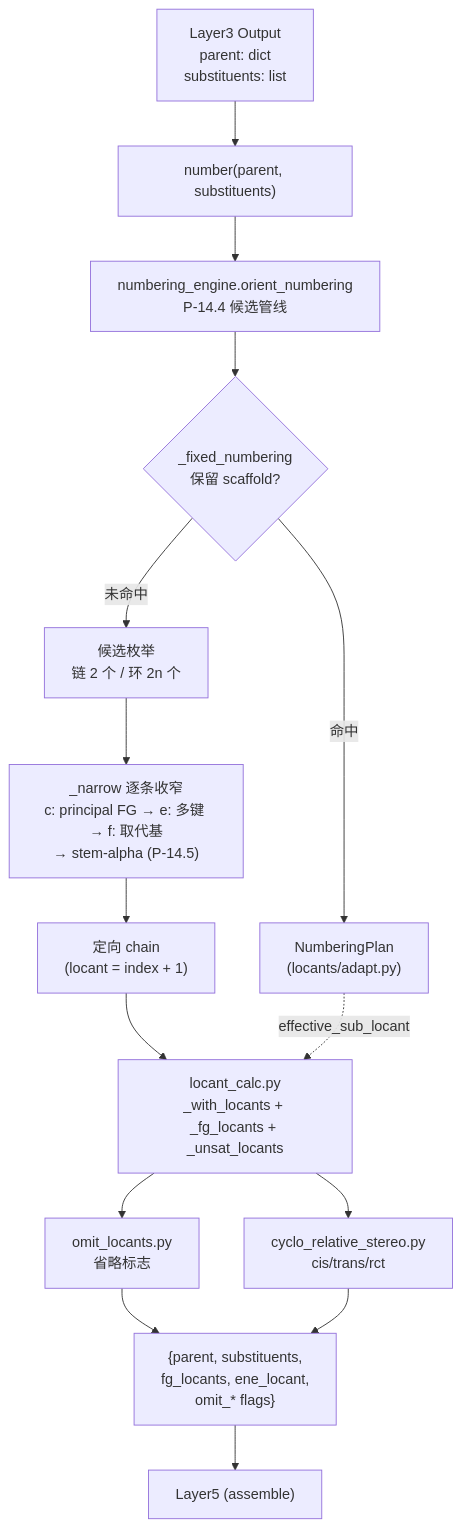
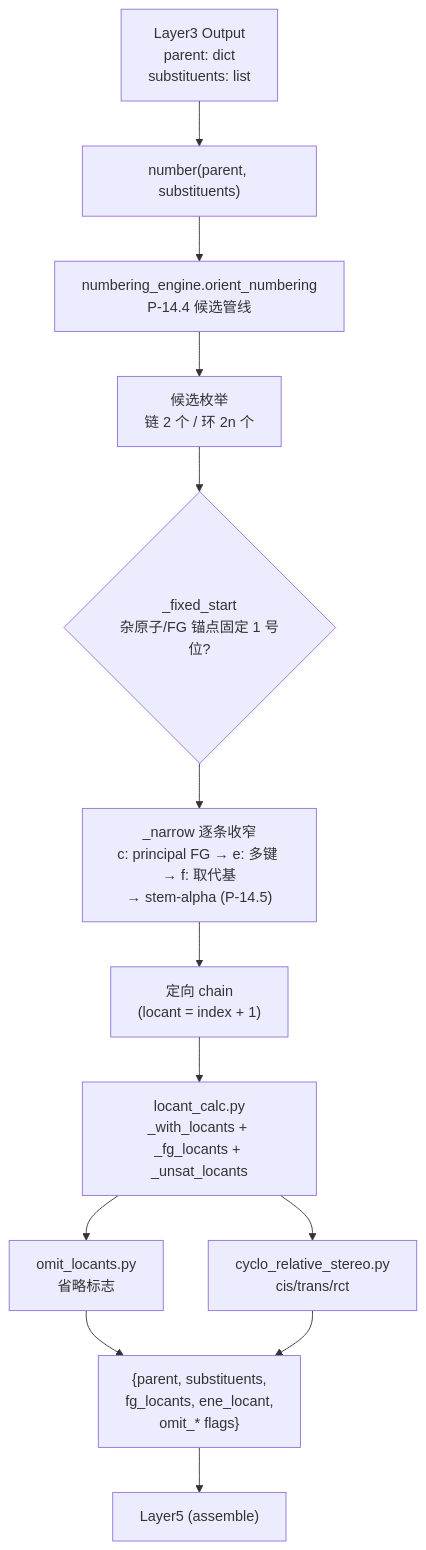
One commit to zouxiaofei1/OpenSMILES changed the diagram in docs/wiki/architecture/layer4-numbering.md. Above: the diagram before and after it, drawn with Mermaid. The commit also changed other lines of this file and 18 other files, not shown here.

````diff
--- a/docs/wiki/architecture/layer4-numbering.md
+++ b/docs/wiki/architecture/layer4-numbering.md
@@ -173,28 +142,25 @@
 ```mermaid
 flowchart TD
     L3["Layer3 Output<br/>parent: dict<br/>substituents: list"]
     NUM["number(parent, substituents)"]
     ORIENT["numbering_engine.orient_numbering<br/>P-14.4 候选管线"]
-    FIXED{"_fixed_numbering<br/>保留 scaffold?"}
     CAND["候选枚举<br/>链 2 个 / 环 2n 个"]
+    START{"_fixed_start<br/>杂原子/FG 锚点固定 1 号位?"}
     NARROW["_narrow 逐条收窄<br/>c: principal FG → e: 多键 → f: 取代基<br/>→ stem-alpha (P-14.5)"]
-    PLAN["NumberingPlan<br/>(locants/adapt.py)"]
     LOC["locant_calc.py<br/>_with_locants + _fg_locants + _unsat_locants"]
     OMIT["omit_locants.py<br/>省略标志"]
     STEREO["cyclo_relative_stereo.py<br/>cis/trans/rct"]
 
     L3 --> NUM
     NUM --> ORIENT
-    ORIENT --> FIXED
-    FIXED -->|"命中"| PLAN
-    FIXED -->|"未命中"| CAND
-    CAND --> NARROW
+    ORIENT --> CAND
+    CAND --> START
+    START --> NARROW
     NARROW --> CHAIN["定向 chain<br/>(locant = index + 1)"]
     CHAIN --> LOC
-    PLAN -.->|"effective_sub_locant"| LOC
     LOC --> OMIT
     LOC --> STEREO
     OMIT --> OUT["{parent, substituents,<br/>fg_locants, ene_locant,<br/>omit_* flags}"]
     STEREO --> OUT
     OUT --> L5["Layer5 (assemble)"]
 ```
````
